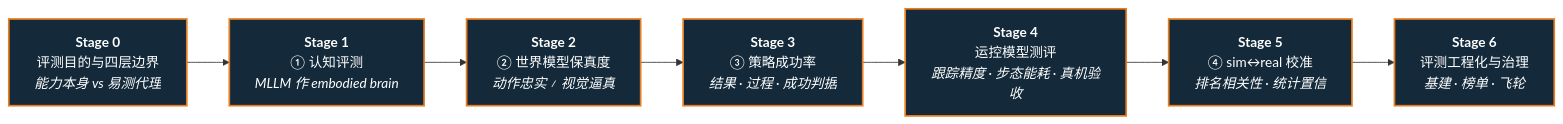
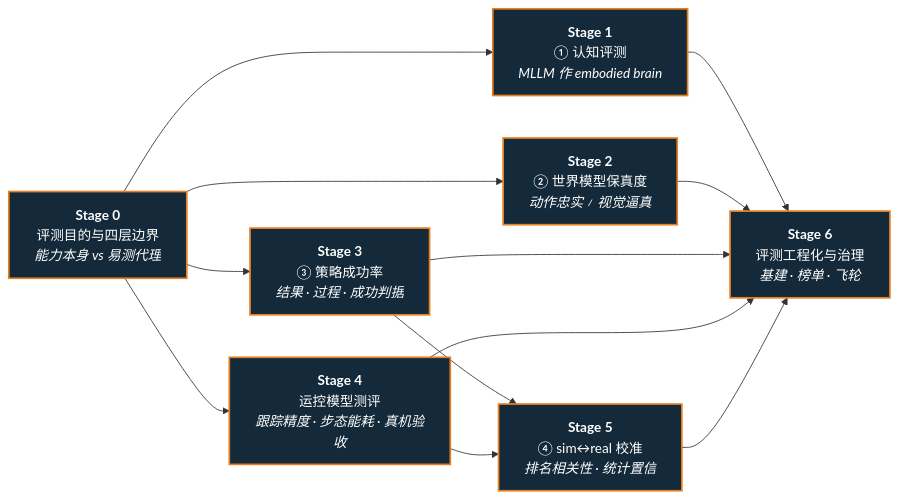
The diagram in roadmap/depth-embodied-eval.md (ImChong/Robotics_Notebooks), drawn with Mermaid before and after one commit. The commit also changed other lines of this file and 20 other files, not shown here.

First line of the commit message:
docs(roadmap): 校正学习依赖与模型分类并补齐近期知识入口

````diff
--- a/roadmap/depth-embodied-eval.md
+++ b/roadmap/depth-embodied-eval.md
@@ -11,15 +11,23 @@
 ```mermaid
 flowchart LR
   S0["<b>Stage 0</b><br/>评测目的与四层边界<br/><em>能力本身 vs 易测代理</em>"]
   S1["<b>Stage 1</b><br/>① 认知评测<br/><em>MLLM 作 embodied brain</em>"]
   S2["<b>Stage 2</b><br/>② 世界模型保真度<br/><em>动作忠实 ≠ 视觉逼真</em>"]
   S3["<b>Stage 3</b><br/>③ 策略成功率<br/><em>结果 · 过程 · 成功判据</em>"]
   S4["<b>Stage 4</b><br/>运控模型测评<br/><em>跟踪精度 · 步态能耗 · 真机验收</em>"]
   S5["<b>Stage 5</b><br/>④ sim↔real 校准<br/><em>排名相关性 · 统计置信</em>"]
   S6["<b>Stage 6</b><br/>评测工程化与治理<br/><em>基建 · 榜单 · 飞轮</em>"]
 
-  S0 --> S1 --> S2 --> S3 --> S4 --> S5 --> S6
+  S0 --> S1
+  S0 --> S2
+  S0 --> S3 --> S5
+  S0 --> S4 --> S5
+  S1 --> S6
+  S2 --> S6
+  S3 --> S6
+  S4 --> S6
+  S5 --> S6
 
   classDef stage fill:#142a3a,stroke:#e67e22,stroke-width:2px,color:#fff
   class S0,S1,S2,S3,S4,S5,S6 stage
 ```
````
